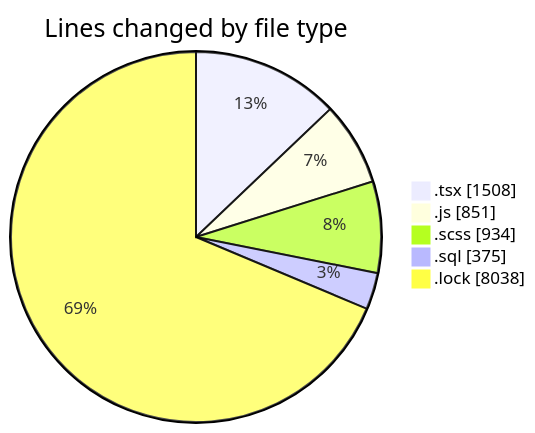
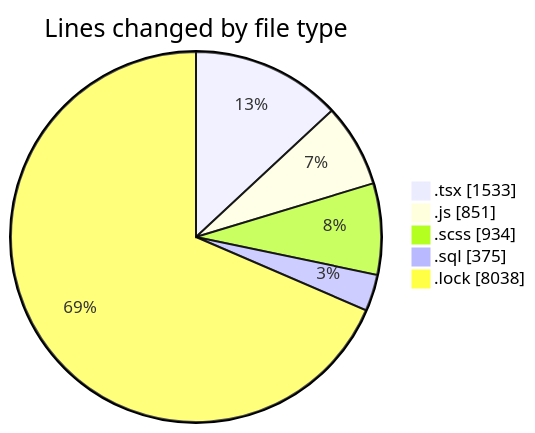
The first of 2 diagrams in 2025-03-18/cda/README.md (momahboobian/code-tracking), drawn with Mermaid before and after one commit. The commit also changed other lines of this file and 1 other file, not shown here.

````diff
--- a/2025-03-18/cda/README.md
+++ b/2025-03-18/cda/README.md
@@ -32,9 +32,9 @@
 ```mermaid
 pie showData
 title Lines changed by file type
-".tsx" : 1508
+".tsx" : 1533
 ".js" : 851
 ".scss" : 934
 ".sql" : 375
 ".lock" : 8038
 ```
````
